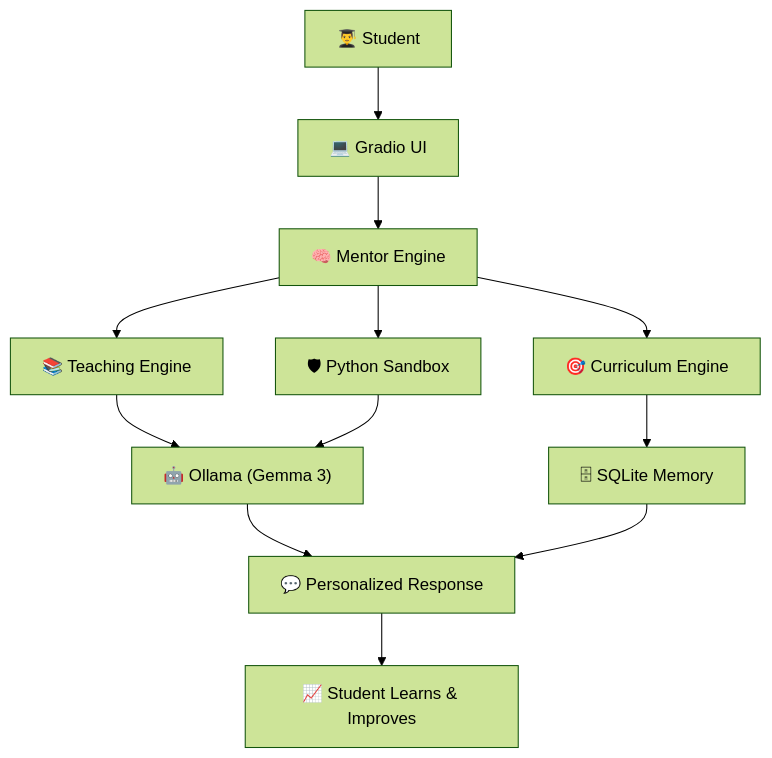
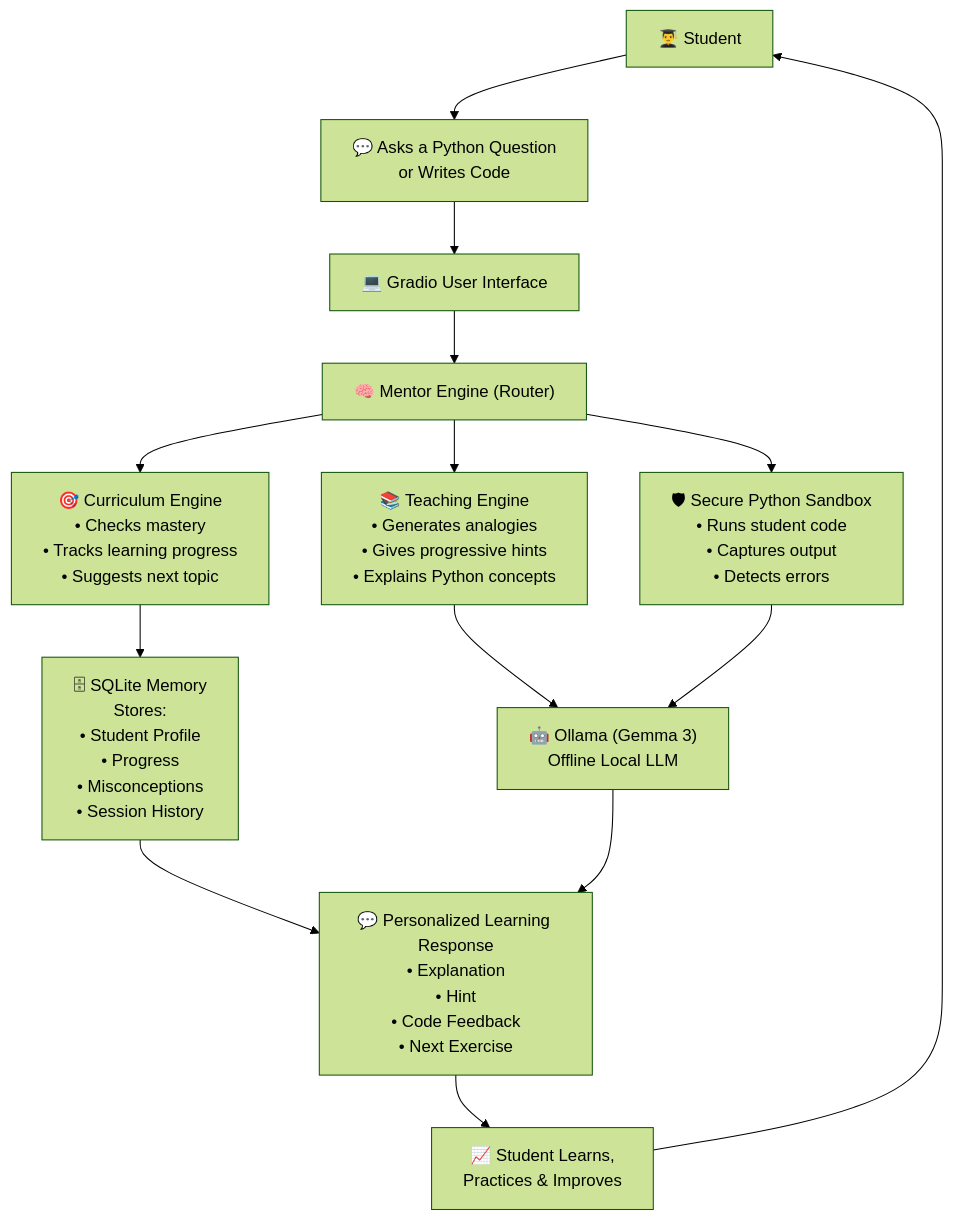
One commit to akashdatta669/Skython-A.I- changed the diagram in README.md. Above: the diagram before and after it, drawn with Mermaid (forest theme).

Commit message:
Revise flowchart for Skython AI explanation
Updated flowchart in README.md to enhance clarity and detail of the Skython AI architecture.

````diff
--- a/README.md
+++ b/README.md
@@ -46,33 +46,38 @@
 ```mermaid
-flowchart TB
+flowchart TD
 
-    Student["👨‍🎓 Student"]
-    UI["💻 Gradio UI"]
-    Router["🧠 Mentor Engine"]
+    A["👨‍🎓 Student"]
+    B["💬 Asks a Python Question<br/>or Writes Code"]
+    C["💻 Gradio User Interface"]
+    D["🧠 Mentor Engine (Router)"]
 
-    Teach["📚 Teaching Engine"]
-    Learn["🎯 Curriculum Engine"]
-    Sandbox["🛡 Python Sandbox"]
+    E["📚 Teaching Engine<br/>• Generates analogies<br/>• Gives progressive hints<br/>• Explains Python concepts"]
+    F["🎯 Curriculum Engine<br/>• Checks mastery<br/>• Tracks learning progress<br/>• Suggests next topic"]
+    G["🛡 Secure Python Sandbox<br/>• Runs student code<br/>• Captures output<br/>• Detects errors"]
 
-    LLM["🤖 Ollama (Gemma 3)"]
-    Memory["🗄 SQLite Memory"]
+    H["🗄 SQLite Memory<br/>Stores:<br/>• Student Profile<br/>• Progress<br/>• Misconceptions<br/>• Session History"]
 
-    Response["💬 Personalized Response"]
-    Success["📈 Student Learns & Improves"]
+    I["🤖 Ollama (Gemma 3)<br/>Offline Local LLM"]
 
-    Student --> UI
-    UI --> Router
+    J["💬 Personalized Learning Response<br/>• Explanation<br/>• Hint<br/>• Code Feedback<br/>• Next Exercise"]
 
-    Router --> Teach
-    Router --> Learn
-    Router --> Sandbox
+    K["📈 Student Learns,<br/>Practices & Improves"]
 
-    Teach --> LLM
-    Learn --> Memory
-    Sandbox --> LLM
+    A --> B
+    B --> C
+    C --> D
 
-    LLM --> Response
-    Memory --> Response
+    D --> E
+    D --> F
+    D --> G
 
-    Response --> Success
+    E --> I
+    F --> H
+    G --> I
+
+    H --> J
+    I --> J
+
+    J --> K
+    K --> A
 ```
````
